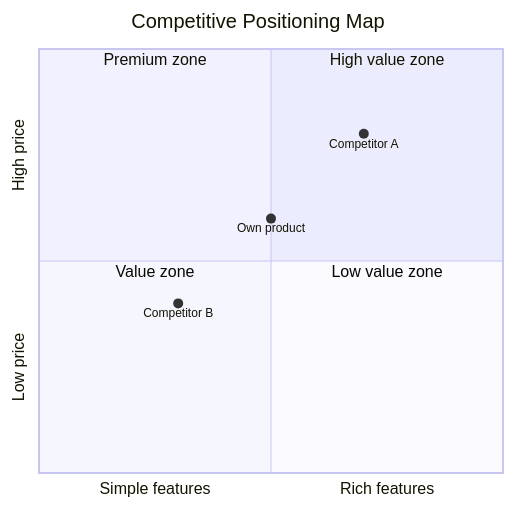
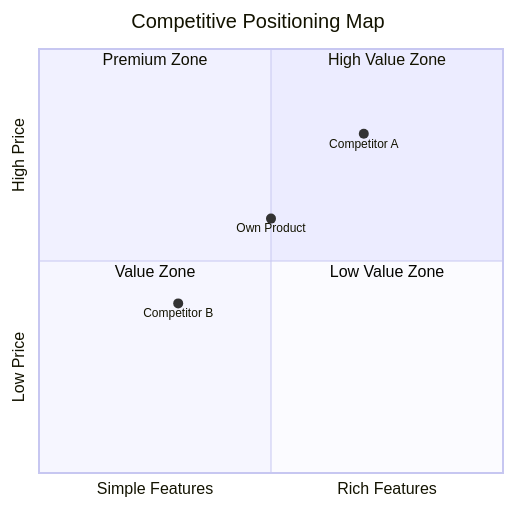
The diagram in codex/skills/market-competitor-analysis/SKILL.md (LuckyOneTwoThree/All-Skill), drawn with Mermaid before and after one commit. The commit also changed other lines of this file and 120 other files, not shown here.

````diff
--- a/codex/skills/market-competitor-analysis/SKILL.md
+++ b/codex/skills/market-competitor-analysis/SKILL.md
@@ -305,13 +308,13 @@
 ```mermaid
 quadrantChart
     title Competitive Positioning Map
-    x-axis "Simple features" --> "Rich features"
-    y-axis "Low price" --> "High price"
-    quadrant-1 "High value zone"
-    quadrant-2 "Premium zone"
-    quadrant-3 "Value zone"
-    quadrant-4 "Low value zone"
+    x-axis "Simple Features" --> "Rich Features"
+    y-axis "Low Price" --> "High Price"
+    quadrant-1 "High Value Zone"
+    quadrant-2 "Premium Zone"
+    quadrant-3 "Value Zone"
+    quadrant-4 "Low Value Zone"
     "Competitor A": [0.7, 0.8]
     "Competitor B": [0.3, 0.4]
-    "Own product": [0.5, 0.6]
+    "Own Product": [0.5, 0.6]
 ```
````
